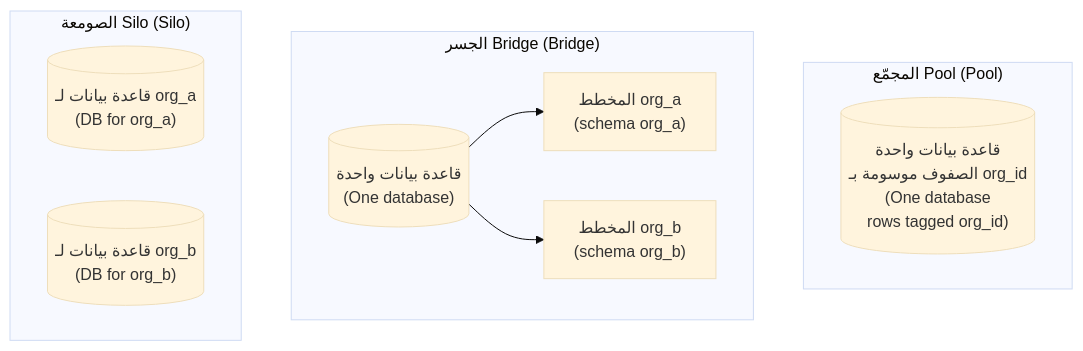
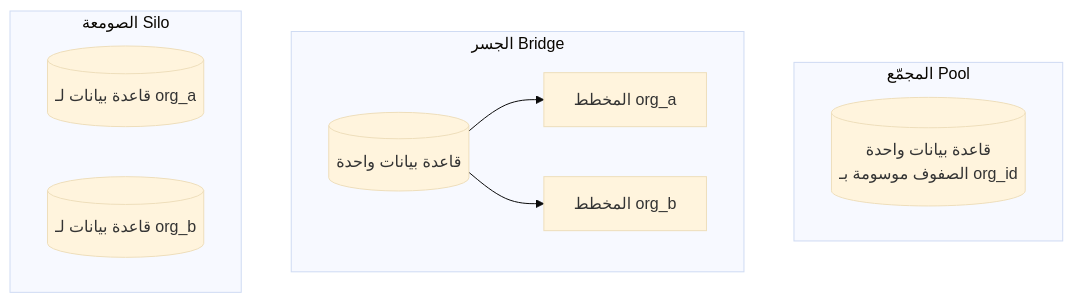
The seventh of 9 diagrams in saas/modules/02-data.ar.md (Tamoura/system-design-for-vibe-coders), drawn with Mermaid (base theme) before and after one commit. The commit also changed other lines of this file and 551 other files, not shown here.

````diff
--- a/saas/modules/02-data.ar.md
+++ b/saas/modules/02-data.ar.md
@@ -859,14 +886,14 @@
 ```mermaid
 flowchart TD
-    subgraph POOL["المجمّع Pool (Pool)"]
-        P1[("قاعدة بيانات واحدة<br/>الصفوف موسومة بـ org_id<br/>(One database<br/>rows tagged org_id)")]
+    subgraph POOL["المجمّع Pool"]
+        P1[("قاعدة بيانات واحدة<br/>الصفوف موسومة بـ org_id")]
     end
-    subgraph BRIDGE["الجسر Bridge (Bridge)"]
-        B1[("قاعدة بيانات واحدة<br/>(One database)")] --> BS1["المخطط org_a<br/>(schema org_a)"]
-        B1 --> BS2["المخطط org_b<br/>(schema org_b)"]
+    subgraph BRIDGE["الجسر Bridge"]
+        B1[("قاعدة بيانات واحدة")] --> BS1["المخطط org_a"]
+        B1 --> BS2["المخطط org_b"]
     end
-    subgraph SILO["الصومعة Silo (Silo)"]
-        S1[("قاعدة بيانات لـ org_a<br/>(DB for org_a)")]
-        S2[("قاعدة بيانات لـ org_b<br/>(DB for org_b)")]
+    subgraph SILO["الصومعة Silo"]
+        S1[("قاعدة بيانات لـ org_a")]
+        S2[("قاعدة بيانات لـ org_b")]
     end
 ```
````
